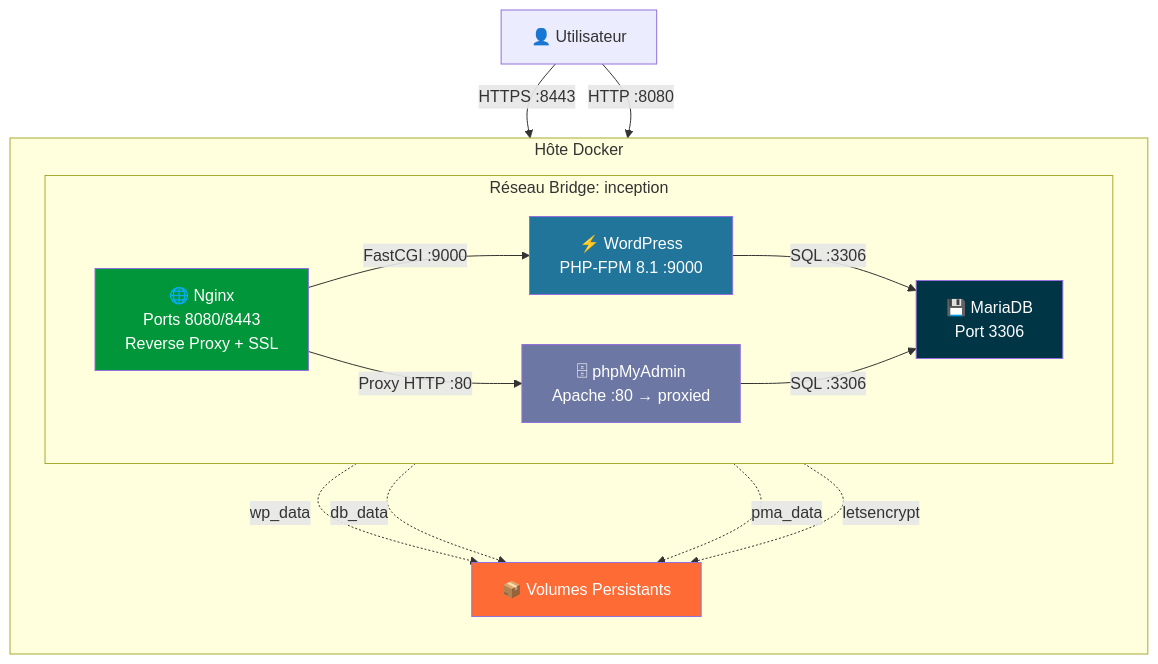
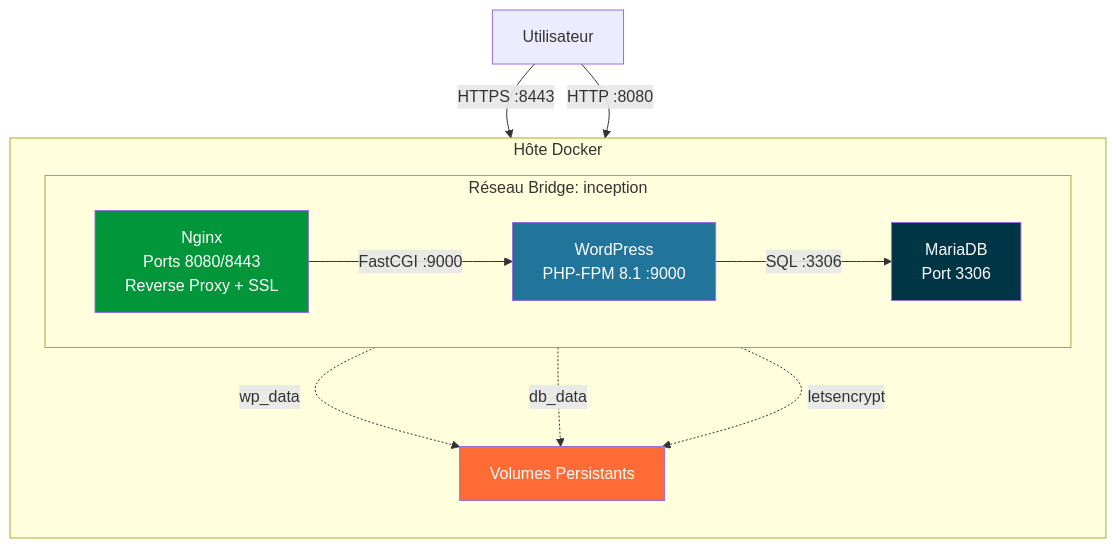
Before and after one commit to natrijau/Cloud-1: the diagram in docker/README.md, drawn with Mermaid. The commit also changed other lines of this file and 10 other files, not shown here.

````diff
--- a/docker/README.md
+++ b/docker/README.md
@@ -14,37 +14,31 @@
 ```mermaid
 graph TB
     subgraph Host["Hôte Docker"]
         direction TB
         
         subgraph Net["Réseau Bridge: inception"]
             direction LR
             
-            Nginx["🌐 Nginx\nPorts 8080/8443\nReverse Proxy + SSL"]
-            WP["⚡ WordPress\nPHP-FPM 8.1 :9000"]
-            PMA["🗄 phpMyAdmin\nApache :80 → proxied"]
-            DB["💾 MariaDB\nPort 3306"]
+            Nginx["Nginx\nPorts 8080/8443\nReverse Proxy + SSL"]
+            WP["WordPress\nPHP-FPM 8.1 :9000"]
+            DB["MariaDB\nPort 3306"]
         end
         
-        Volumes["📦 Volumes Persistants"]
+        Volumes["Volumes Persistants"]
     end
     
-    User["👤 Utilisateur"] -->|HTTPS :8443| Nginx
+    User["Utilisateur"] -->|HTTPS :8443| Nginx
     User -->|HTTP :8080| Nginx
     
     Nginx -->|FastCGI :9000| WP
-    Nginx -->|Proxy HTTP :80| PMA
-    
     WP -->|SQL :3306| DB
-    PMA -->|SQL :3306| DB
     
     WP -.->|wp_data| Volumes
     DB -.->|db_data| Volumes
-    PMA -.->|pma_data| Volumes
     Nginx -.->|letsencrypt| Volumes
     
     style Nginx fill:#009639,color:#fff
     style WP fill:#21759B,color:#fff
-    style PMA fill:#6C78A3,color:#fff
     style DB fill:#003545,color:#fff
     style Volumes fill:#FF6B35,color:#fff
 ```
````
